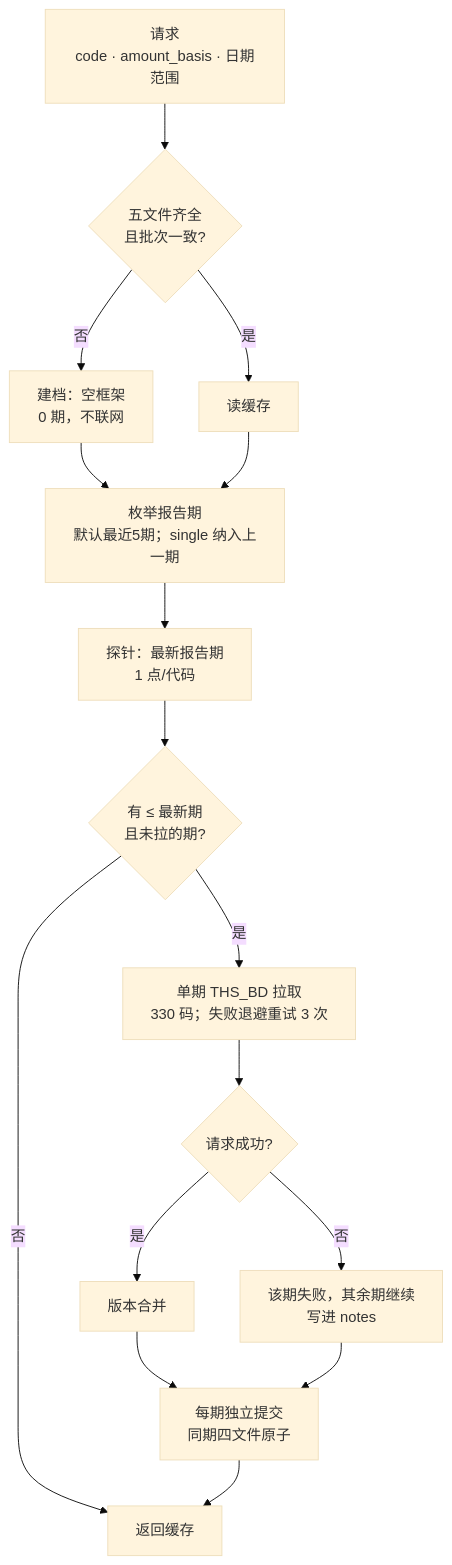
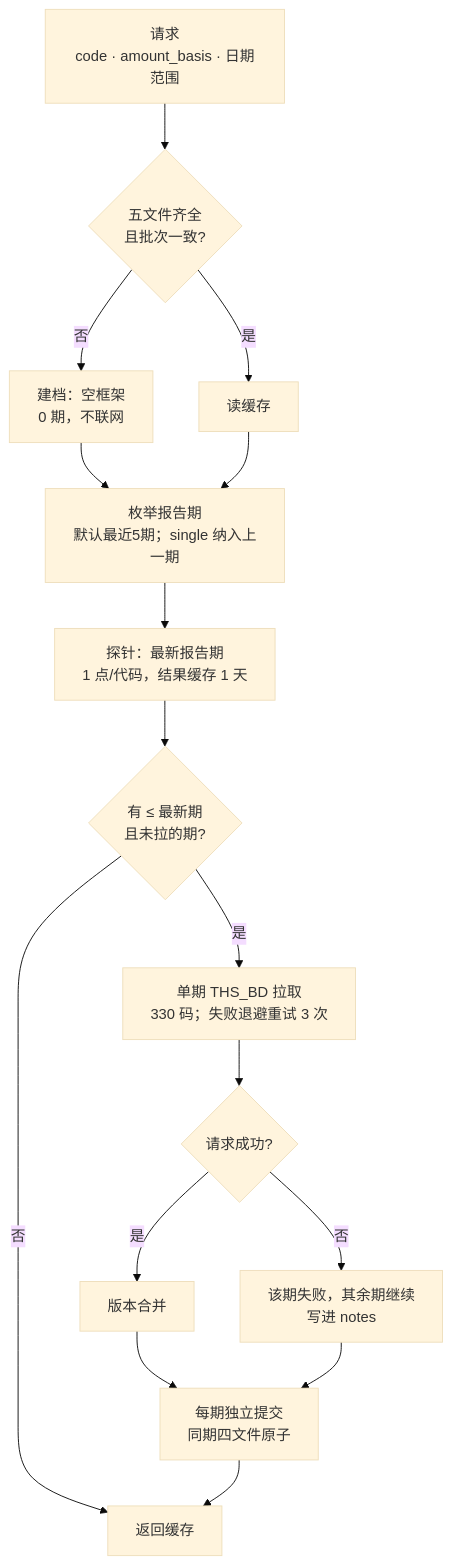
One commit to alone-tree/Ashare-announcements-MCP changed the diagram in docs/assets/src/financial-lazy.mmd. Above: the diagram before and after it, drawn with Mermaid (base theme). The commit also changed 5 other files, not shown here.

```diff
--- a/docs/assets/src/financial-lazy.mmd
+++ b/docs/assets/src/financial-lazy.mmd
@@ -1,16 +1,16 @@
 flowchart TD
     A["请求<br/>code · amount_basis · 日期范围"] --> B{"五文件齐全<br/>且批次一致?"}
     B -- 否 --> C["建档：空框架<br/>0 期，不联网"]
     B -- 是 --> D["读缓存"]
     C --> E["枚举报告期<br/>默认最近5期；single 纳入上一期"]
     D --> E
-    E --> P["探针：最新报告期<br/>1 点/代码"]
+    E --> P["探针：最新报告期<br/>1 点/代码，结果缓存 1 天"]
     P --> F{"有 ≤ 最新期<br/>且未拉的期?"}
     F -- 否 --> K["返回缓存"]
     F -- 是 --> G["单期 THS_BD 拉取<br/>330 码；失败退避重试 3 次"]
     G --> H{"请求成功?"}
     H -- 否 --> L["该期失败，其余期继续<br/>写进 notes"]
     H -- 是 --> N["版本合并"]
     N --> Q["每期独立提交<br/>同期四文件原子"]
     L --> Q
     Q --> K
```
